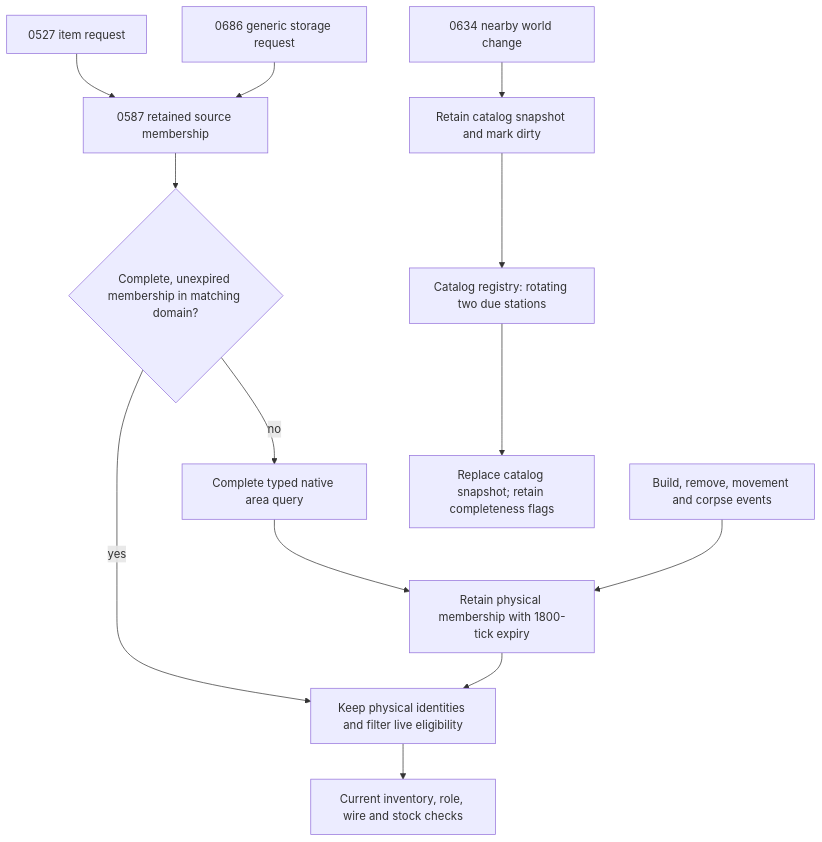
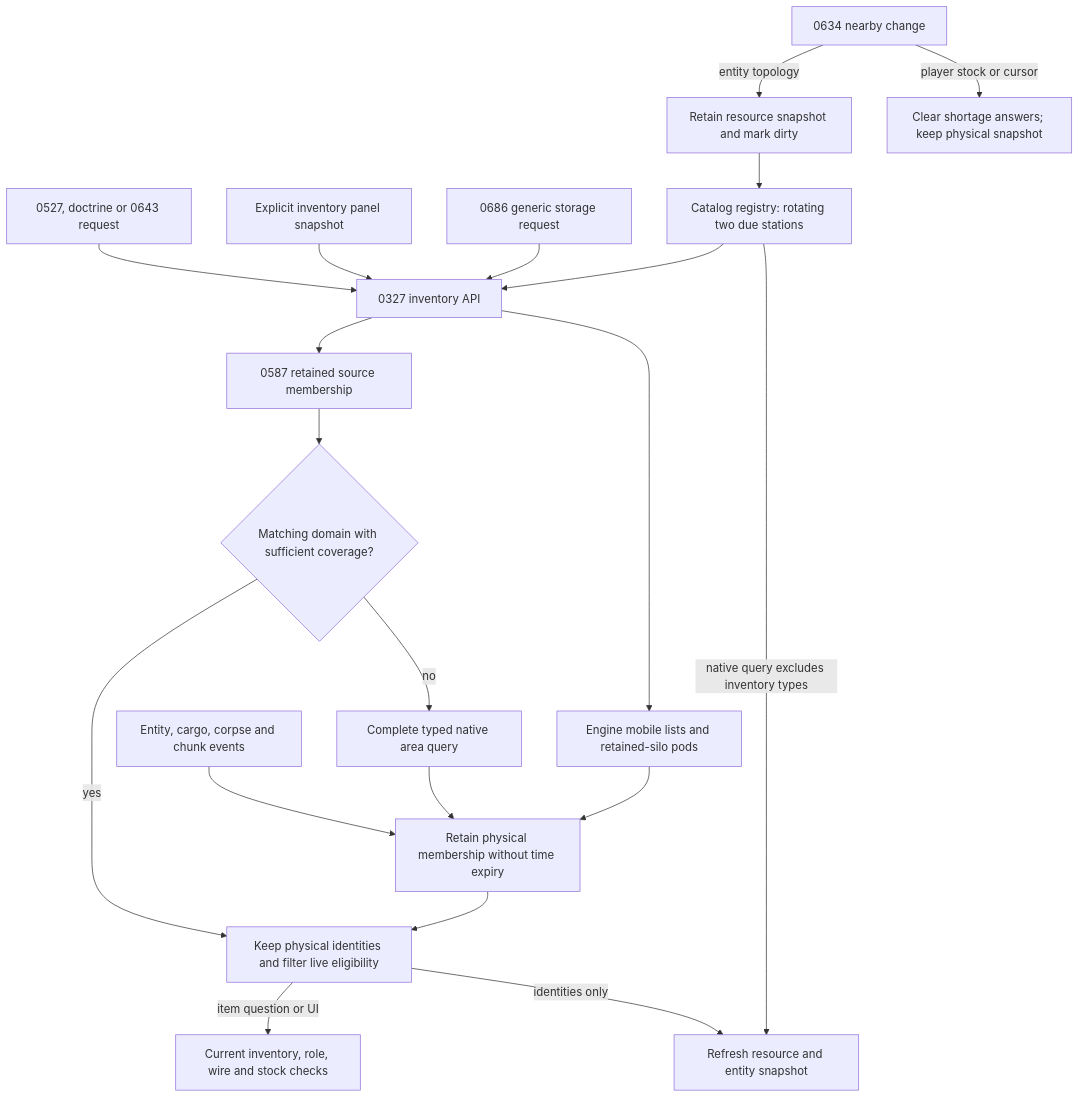
One commit to mrcalzon02/Tech-Priests changed the third of 3 diagrams in docs/BEHAVIOR_MERMAID_FUNCTION_DRILLDOWN_0661.md. Above: the diagram before and after it, drawn with Mermaid. The commit also changed other lines of this file and 27 other files, not shown here.

Commit message:
fix: share retained inventory membership and preserve native trunk access

````diff
--- a/docs/BEHAVIOR_MERMAID_FUNCTION_DRILLDOWN_0661.md
+++ b/docs/BEHAVIOR_MERMAID_FUNCTION_DRILLDOWN_0661.md
@@ -67,15 +68,22 @@
 ```mermaid
 flowchart TD
-    Fetch["0527 item request"] --> Membership["0587 retained source membership"]
-    Storage["0686 generic storage request"] --> Membership
-    Membership --> Valid{"Complete, unexpired membership in matching domain?"}
+    Request["0527, doctrine or 0643 request"] --> Inventory["0327 inventory API"]
+    UI["Explicit inventory panel snapshot"] --> Inventory
+    Inventory --> Membership["0587 retained source membership"]
+    Storage["0686 generic storage request"] --> Inventory
+    Membership --> Valid{"Matching domain with sufficient coverage?"}
     Valid -->|"yes"| View["Keep physical identities and filter live eligibility"]
     Valid -->|"no"| Query["Complete typed native area query"]
-    Query --> Record["Retain physical membership with 1800-tick expiry"]
+    Query --> Record["Retain physical membership without time expiry"]
     Record --> View
-    Events["Build, remove, movement and corpse events"] --> Record
-    View --> Live["Current inventory, role, wire and stock checks"]
-    Changes["0634 nearby world change"] --> Dirty["Retain catalog snapshot and mark dirty"]
+    Events["Entity, cargo, corpse and chunk events"] --> Record
+    Inventory --> Engine["Engine mobile lists and retained-silo pods"]
+    Engine --> Record
+    View -->|"item question or UI"| Live["Current inventory, role, wire and stock checks"]
+    Changes["0634 nearby change"] -->|"entity topology"| Dirty["Retain resource snapshot and mark dirty"]
+    Changes -->|"player stock or cursor"| Conclusions["Clear shortage answers; keep physical snapshot"]
     Dirty --> Scan["Catalog registry: rotating two due stations"]
-    Scan --> Snapshot["Replace catalog snapshot; retain completeness flags"]
+    Scan --> Inventory
+    Scan -->|"native query excludes inventory types"| Snapshot["Refresh resource and entity snapshot"]
+    View -->|"identities only"| Snapshot
 ```
````
